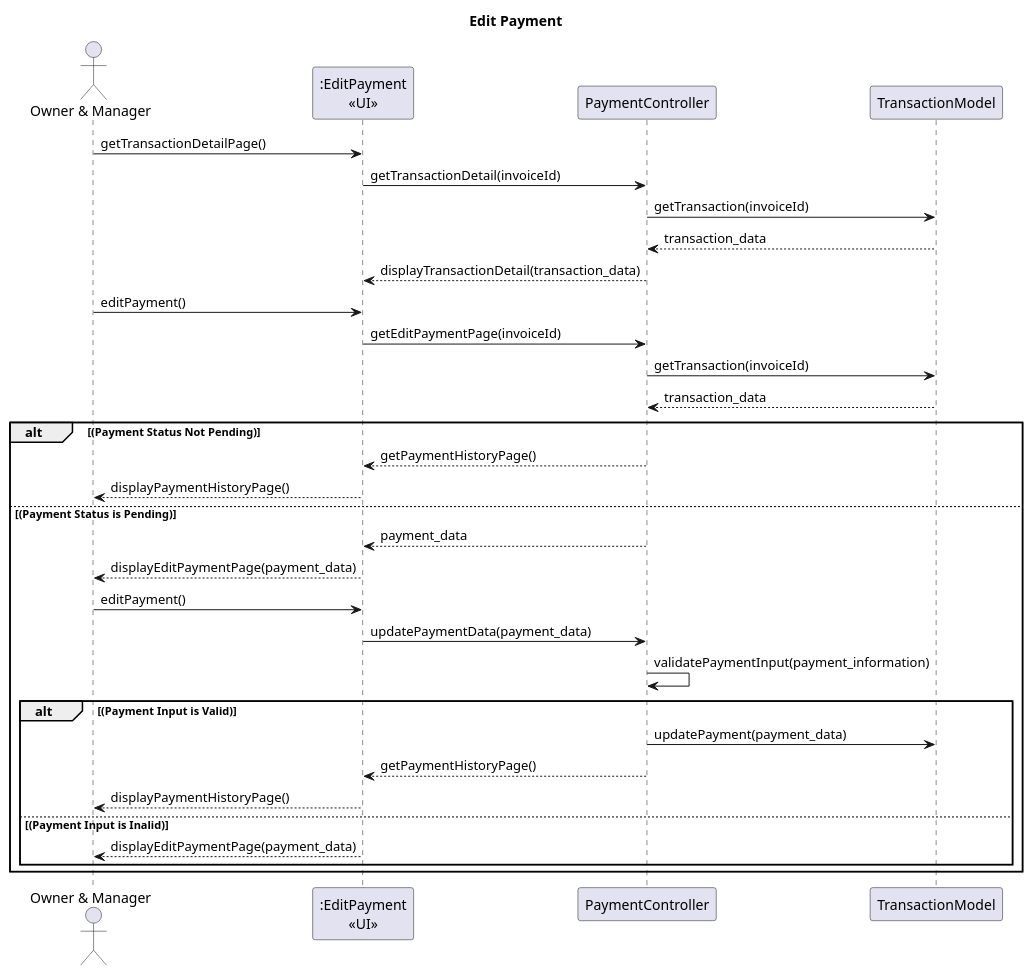
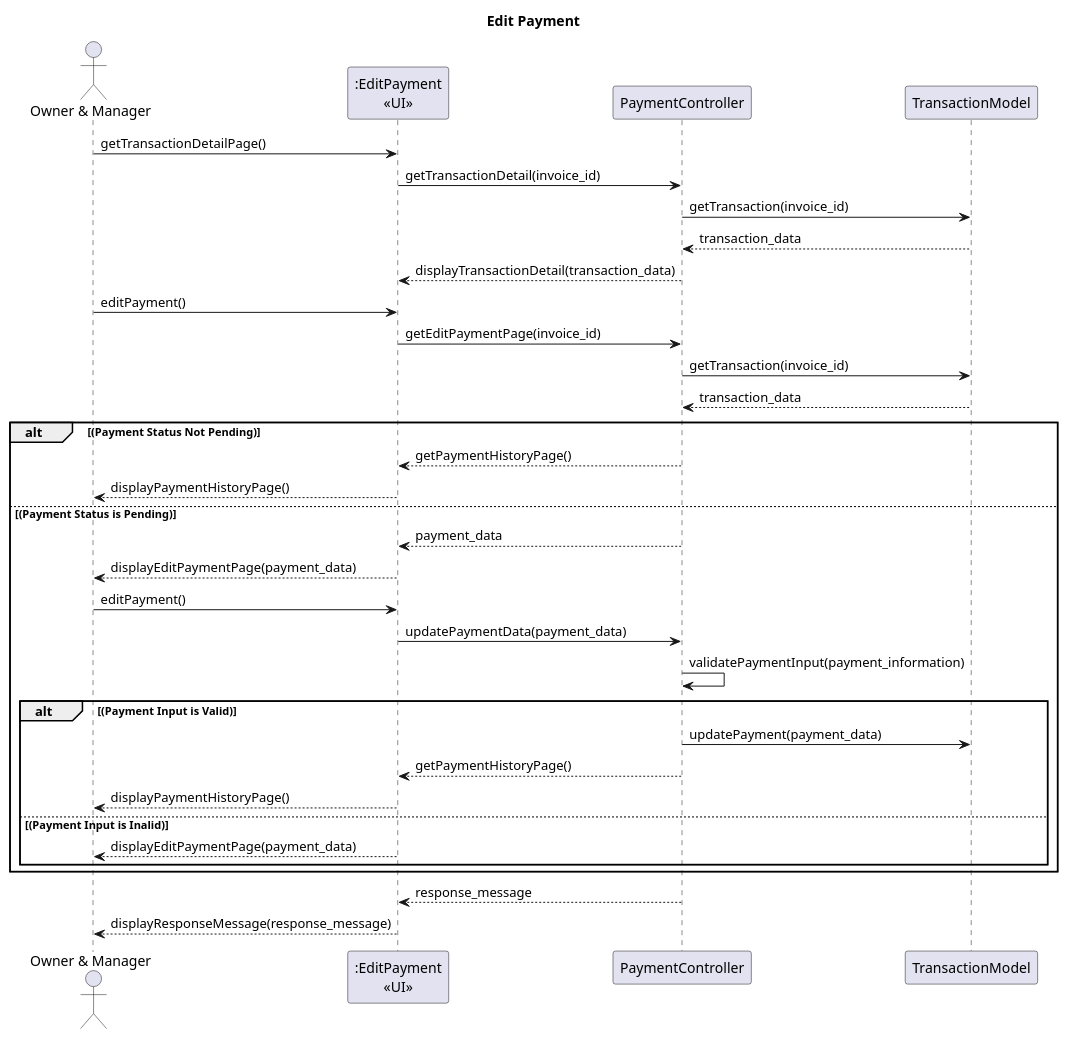
Before and after one commit to AntWort21/BHFMS: the diagram in Design/BHFMS_SEQUENCE/Owner Manager/Payment/Edit Payment.puml, drawn with PlantUML. The commit also changed 39 other files, not shown here.

```diff
--- a/Design/BHFMS_SEQUENCE/Owner Manager/Payment/Edit Payment.puml
+++ b/Design/BHFMS_SEQUENCE/Owner Manager/Payment/Edit Payment.puml
@@ -1,39 +1,42 @@
 @startuml
 title Edit Payment
 actor "Owner & Manager" as act
 participant ":EditPayment\n<<UI>>" as view
 participant PaymentController as ctrl
 participant TransactionModel as tm
 
 act -> view : getTransactionDetailPage()
-view -> ctrl : getTransactionDetail(invoiceId)
-ctrl -> tm : getTransaction(invoiceId)
+view -> ctrl : getTransactionDetail(invoice_id)
+ctrl -> tm : getTransaction(invoice_id)
 ctrl <-- tm : transaction_data
 view <-- ctrl : displayTransactionDetail(transaction_data)
 
 act -> view : editPayment()
-view -> ctrl : getEditPaymentPage(invoiceId)
-ctrl -> tm : getTransaction(invoiceId)
+view -> ctrl : getEditPaymentPage(invoice_id)
+ctrl -> tm : getTransaction(invoice_id)
 ctrl <-- tm : transaction_data
 
 alt (Payment Status Not Pending)
     view <-- ctrl : getPaymentHistoryPage()
     act <-- view : displayPaymentHistoryPage() 
 else (Payment Status is Pending)
     view <-- ctrl : payment_data
     act <-- view : displayEditPaymentPage(payment_data) 
 
     act -> view : editPayment()
     view -> ctrl : updatePaymentData(payment_data)
     ctrl -> ctrl : validatePaymentInput(payment_information)
     alt (Payment Input is Valid)
         ctrl -> tm : updatePayment(payment_data)
     
         view <-- ctrl : getPaymentHistoryPage()
         act <-- view : displayPaymentHistoryPage()
     else (Payment Input is Inalid)
     
         act <-- view : displayEditPaymentPage(payment_data)
     end 
 end 
+view <-- ctrl : response_message
+act <-- view : displayResponseMessage(response_message)
+
 @enduml
```
